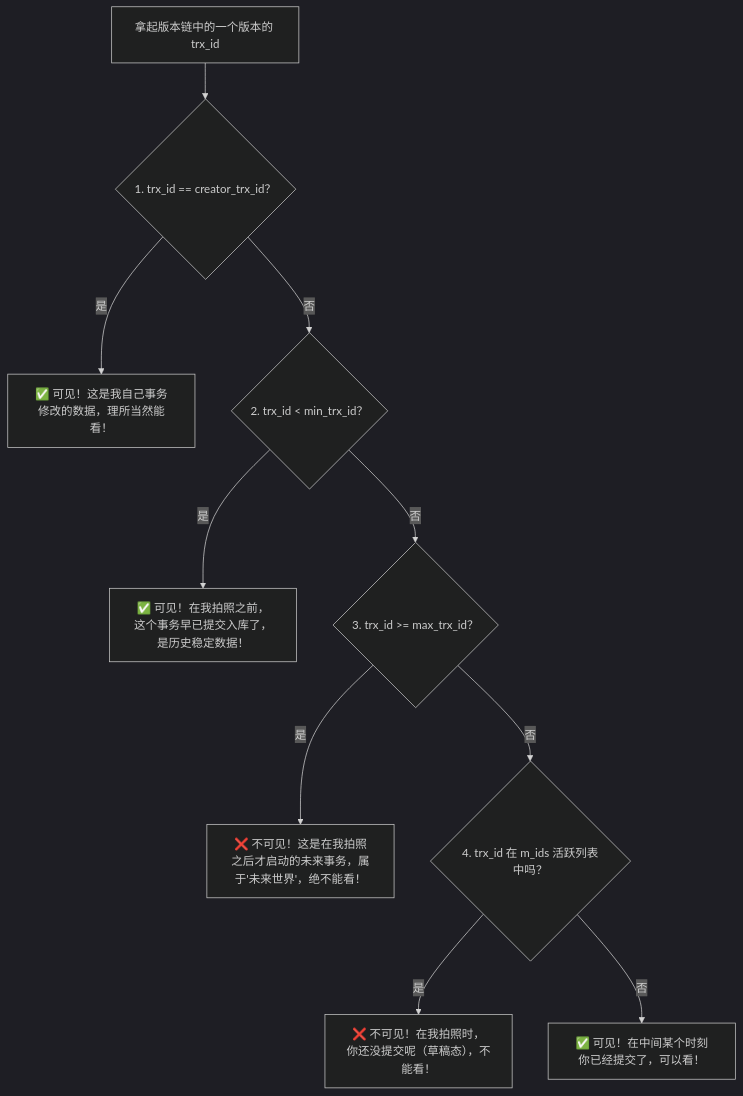
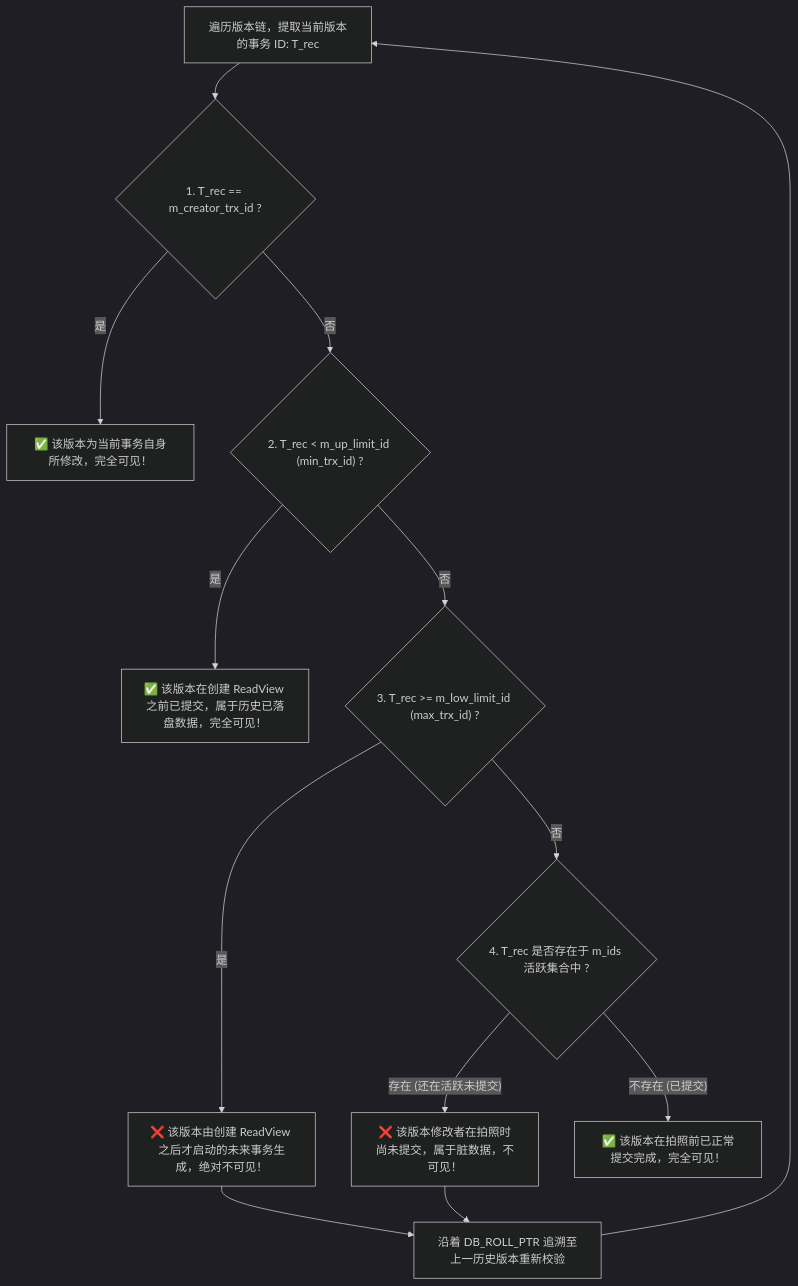
The fourth of 5 diagrams in 20-Java后端/05-数据库与存储/02-事务与隔离级别.md (GuoWWWX/knowledge-base), drawn with Mermaid (dark theme) before and after one commit. The commit also changed other lines of this file and 234 other files, not shown here.

````diff
--- a/20-Java后端/05-数据库与存储/02-事务与隔离级别.md
+++ b/20-Java后端/05-数据库与存储/02-事务与隔离级别.md
@@ -133,15 +123,18 @@
 ```mermaid
 flowchart TD
-    Start["拿起版本链中的一个版本的 trx_id"] --> CheckSelf{"1. trx_id == creator_trx_id？"}
-    CheckSelf -- "是" --> View["✅ 可见！这是我自己事务修改的数据，理所当然能看！"]
+    Start["遍历版本链，提取当前版本的事务 ID: T_rec"] --> Step1{"1. T_rec == m_creator_trx_id ?"}
+    Step1 -- "是" --> Visible["✅ 该版本为当前事务自身所修改，完全可见！"]
     
-    CheckSelf -- "否" --> CheckMin{"2. trx_id < min_trx_id？"}
-    CheckMin -- "是" --> View2["✅ 可见！在我拍照之前，这个事务早已提交入库了，是历史稳定数据！"]
+    Step1 -- "否" --> Step2{"2. T_rec < m_up_limit_id (min_trx_id) ?"}
+    Step2 -- "是" --> Visible2["✅ 该版本在创建 ReadView 之前已提交，属于历史已落盘数据，完全可见！"]
     
-    CheckMin -- "否" --> CheckMax{"3. trx_id >= max_trx_id？"}
-    CheckMax -- "是" --> Hide["❌ 不可见！这是在我拍照之后才启动的未来事务，属于'未来世界'，绝不能看！"]
+    Step2 -- "否" --> Step3{"3. T_rec >= m_low_limit_id (max_trx_id) ?"}
+    Step3 -- "是" --> Invisible["❌ 该版本由创建 ReadView 之后才启动的未来事务生成，绝对不可见！"]
     
-    CheckMax -- "否" --> CheckActive{"4. trx_id 在 m_ids 活跃列表中吗？"}
-    CheckActive -- "是" --> Hide2["❌ 不可见！在我拍照时，你还没提交呢（草稿态），不能看！"]
-    CheckActive -- "否" --> View3["✅ 可见！在中间某个时刻你已经提交了，可以看！"]
+    Step3 -- "否" --> Step4{"4. T_rec 是否存在于 m_ids 活跃集合中 ?"}
+    Step4 -- "存在 (还在活跃未提交)" --> Invisible2["❌ 该版本修改者在拍照时尚未提交，属于脏数据，不可见！"]
+    Step4 -- "不存在 (已提交)" --> Visible3["✅ 该版本在拍照前已正常提交完成，完全可见！"]
+    
+    Invisible & Invisible2 --> Roll["沿着 DB_ROLL_PTR 追溯至上一历史版本重新校验"]
+    Roll --> Start
 ```
````
